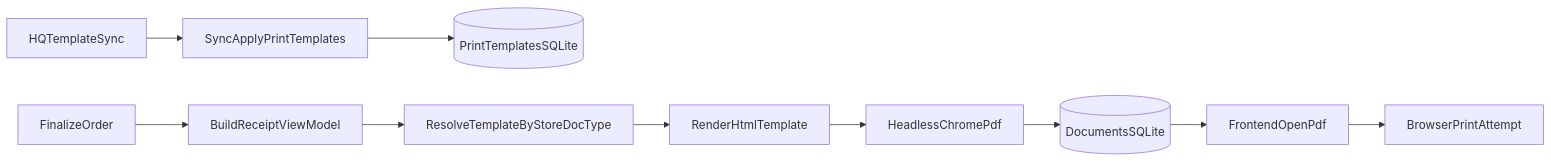
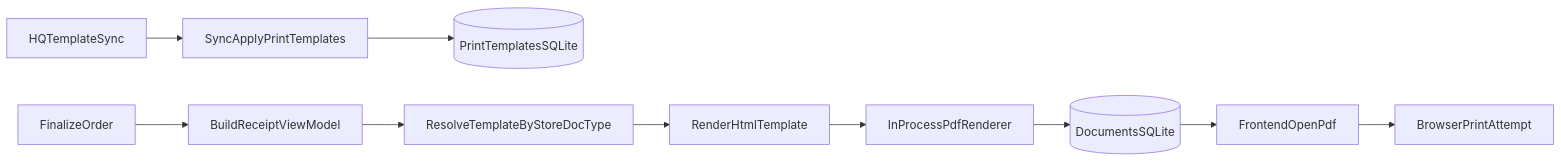
Diagram 14 of 17 in docs/architecture/README.md (AncientiCe/apex-edge), drawn with Mermaid before and after one commit. The commit also changed other lines of this file and 24 other files, not shown here.

Commit message:
feat(printing,documents,outbox): harden POS northbound contract and stabilize local finalize flow

````diff
--- a/docs/architecture/README.md
+++ b/docs/architecture/README.md
@@ -478,12 +478,12 @@
 ```mermaid
 flowchart LR
     HqTemplates[HQTemplateSync] --> SyncApply[SyncApplyPrintTemplates]
     SyncApply --> TemplateStore[(PrintTemplatesSQLite)]
     FinalizeOrder[FinalizeOrder] --> ReceiptVm[BuildReceiptViewModel]
     ReceiptVm --> TemplateResolve[ResolveTemplateByStoreDocType]
     TemplateResolve --> HtmlRender[RenderHtmlTemplate]
-    HtmlRender --> PdfEngine[HeadlessChromePdf]
+    HtmlRender --> PdfEngine[InProcessPdfRenderer]
     PdfEngine --> Documents[(DocumentsSQLite)]
     Documents --> FrontendOpen[FrontendOpenPdf]
     FrontendOpen --> BrowserPrint[BrowserPrintAttempt]
 ```
````
